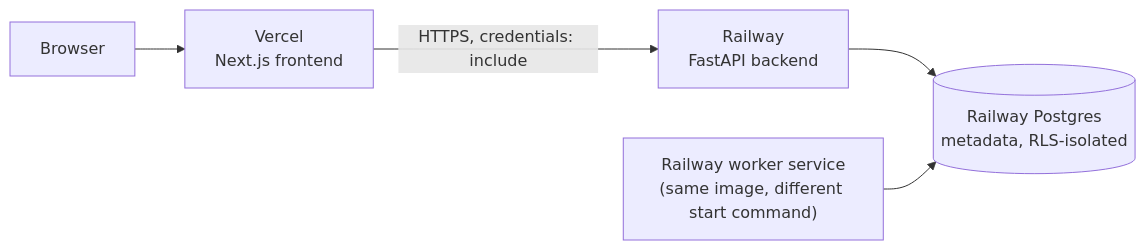
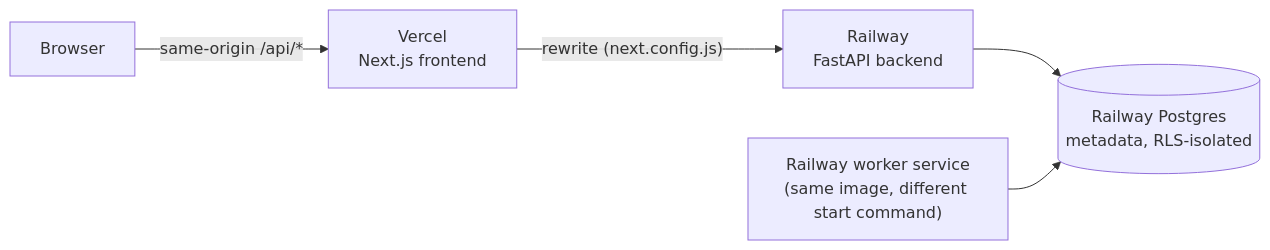
One commit to chiragn28/traceline_project changed the third of 3 diagrams in README.md. Above: the diagram before and after it, drawn with Mermaid. The commit also changed other lines of this file and 18 other files, not shown here.

````diff
--- a/README.md
+++ b/README.md
@@ -309,7 +385,7 @@
 ```mermaid
 flowchart LR
-    Browser --> V["Vercel<br/>Next.js frontend"]
-    V -- "HTTPS, credentials: include" --> R["Railway<br/>FastAPI backend"]
+    Browser -- "same-origin /api/*" --> V["Vercel<br/>Next.js frontend"]
+    V -- "rewrite (next.config.js)" --> R["Railway<br/>FastAPI backend"]
     R --> PG[("Railway Postgres<br/>metadata, RLS-isolated")]
     W["Railway worker service<br/>(same image, different start command)"] --> PG
 ```
````
